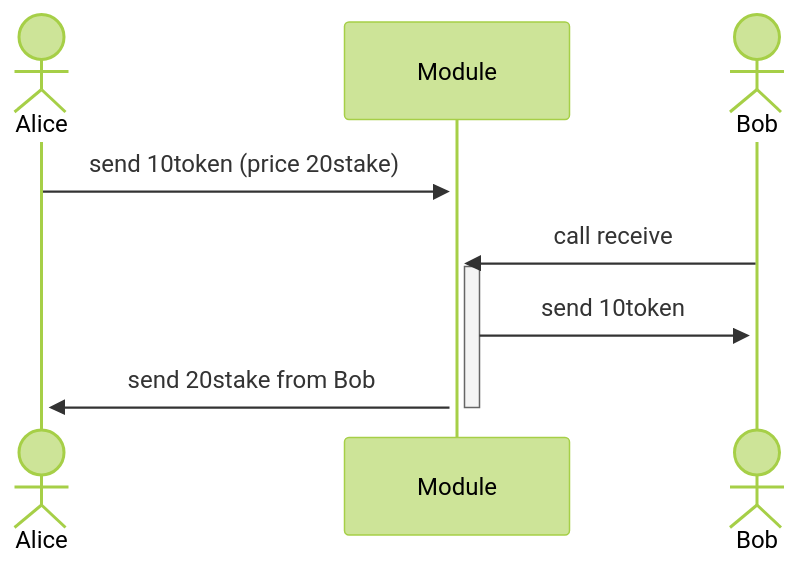
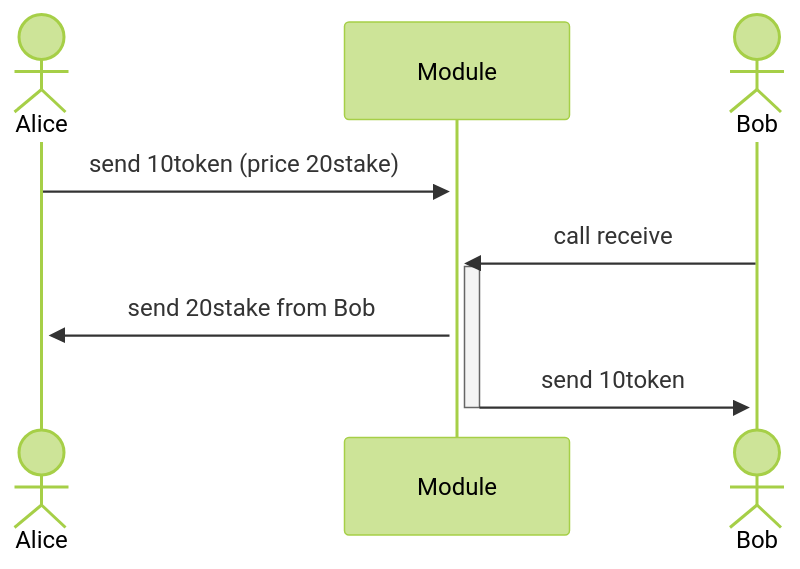
One commit to devnova777/cosmos-trustless-swap changed the diagram in README.md. Above: the diagram before and after it, drawn with Mermaid (forest theme). The commit also changed other lines of this file, not shown here.

````diff
--- a/README.md
+++ b/README.md
@@ -9,12 +9,12 @@
 ```mermaid
   sequenceDiagram
       actor Alice
       participant Module
       actor Bob
       Alice ->>+ Module: send 10token (price 20stake)
       Bob ->>+ Module: call receive
       activate Module
+      Module ->>+ Alice: send 20stake from Bob
       Module ->>+ Bob: send 10token 
-      Module ->>+ Alice: send 20stake from Bob
       deactivate Module
 ```
````
